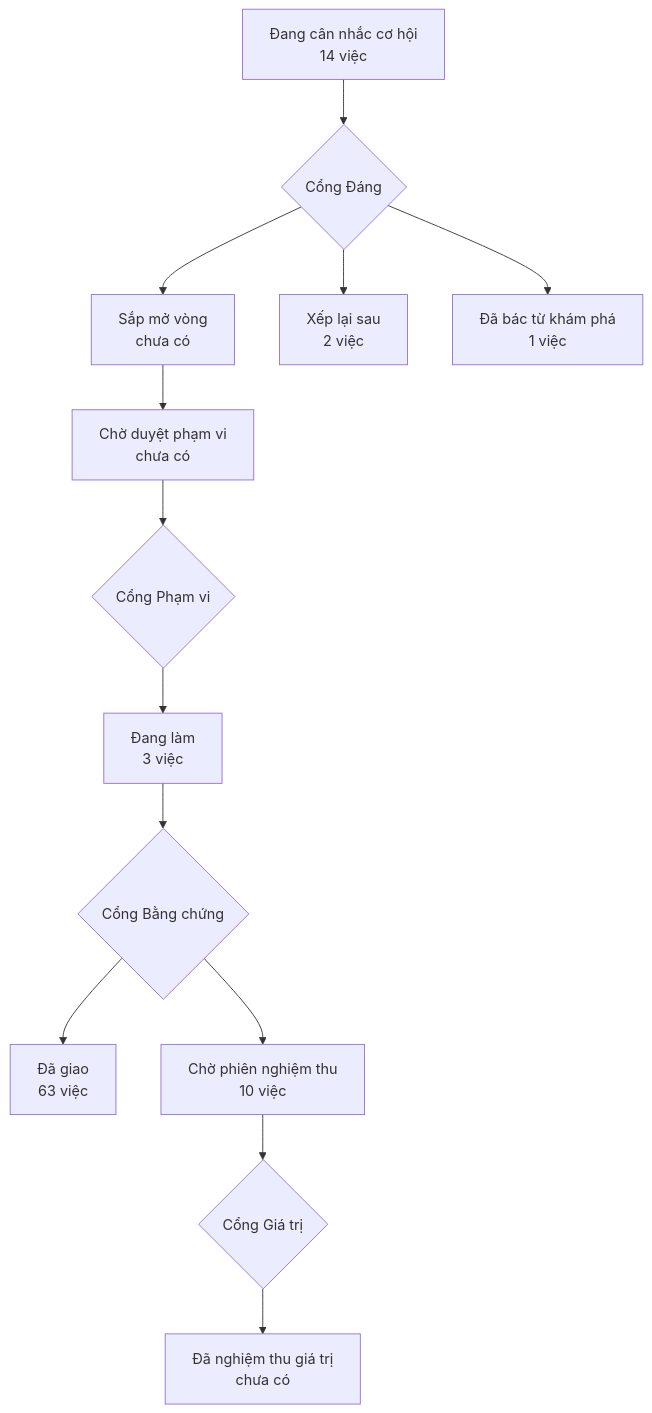
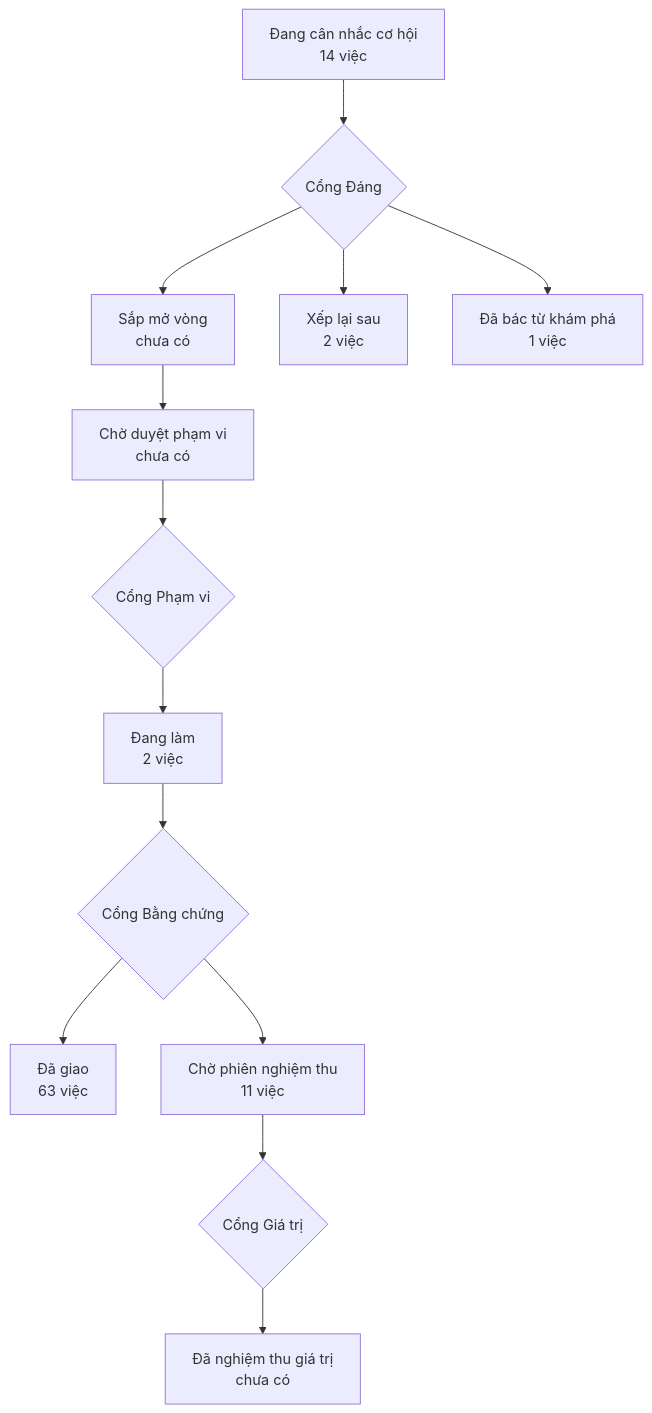
The diagram in PRODUCT-MAP.md (phanlemanh/acceptance-gate-kit), drawn with Mermaid before and after one commit. The commit also changed 3 other files, not shown here.

````diff
--- a/PRODUCT-MAP.md
+++ b/PRODUCT-MAP.md
@@ -6,12 +6,12 @@
 ```mermaid
 flowchart TD
   A["Đang cân nhắc cơ hội<br/>14 việc"] --> GD{"Cổng Đáng"}
   GD --> B["Sắp mở vòng<br/>chưa có"]
   GD --> XL["Xếp lại sau<br/>2 việc"]
   GD --> DB["Đã bác từ khám phá<br/>1 việc"]
   B --> CD["Chờ duyệt phạm vi<br/>chưa có"] --> GP{"Cổng Phạm vi"}
-  GP --> DL["Đang làm<br/>3 việc"] --> GB{"Cổng Bằng chứng"}
+  GP --> DL["Đang làm<br/>2 việc"] --> GB{"Cổng Bằng chứng"}
   GB --> DG["Đã giao<br/>63 việc"]
-  GB --> CN["Chờ phiên nghiệm thu<br/>10 việc"] --> GG{"Cổng Giá trị"}
+  GB --> CN["Chờ phiên nghiệm thu<br/>11 việc"] --> GG{"Cổng Giá trị"}
   GG --> NT["Đã nghiệm thu giá trị<br/>chưa có"]
 ```
````
